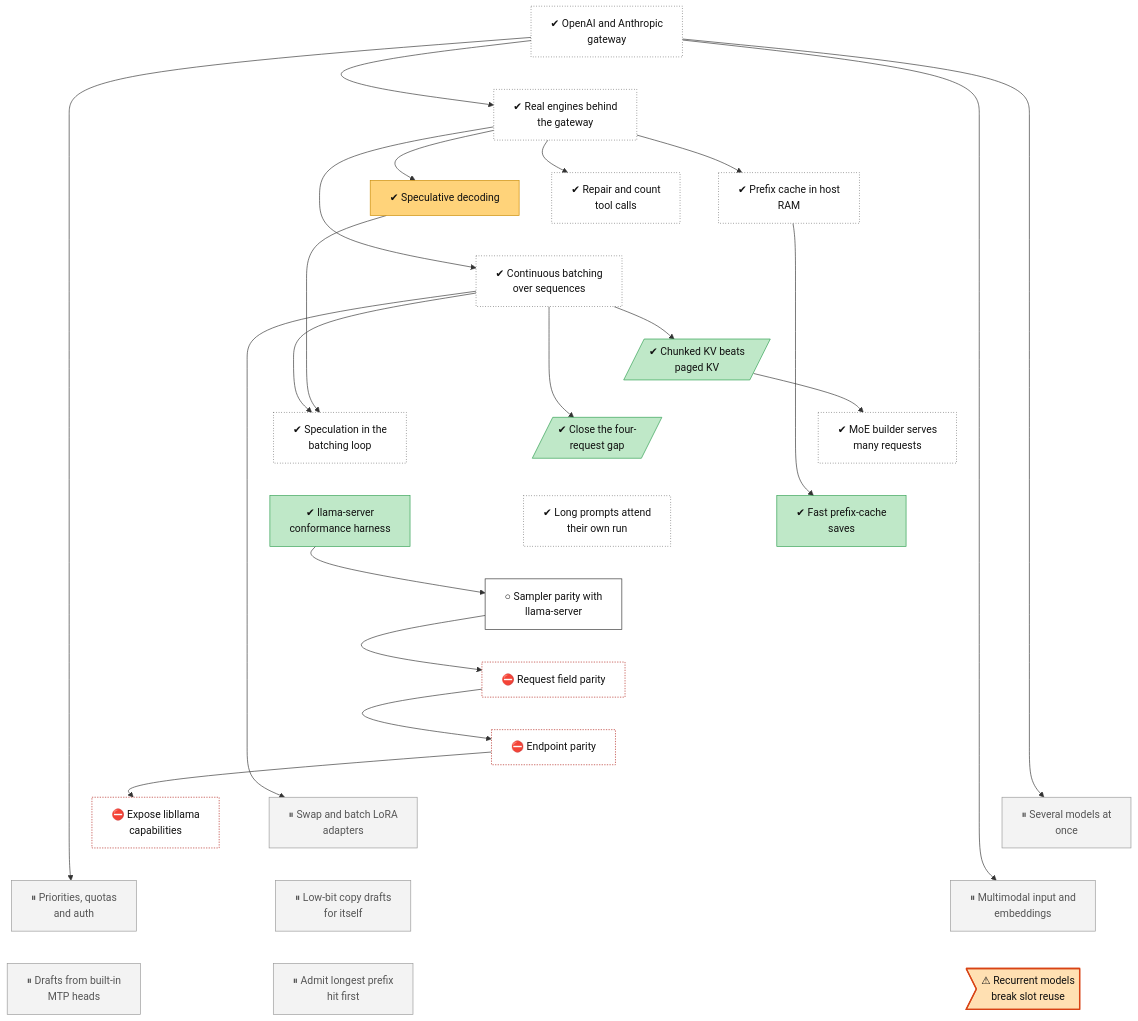
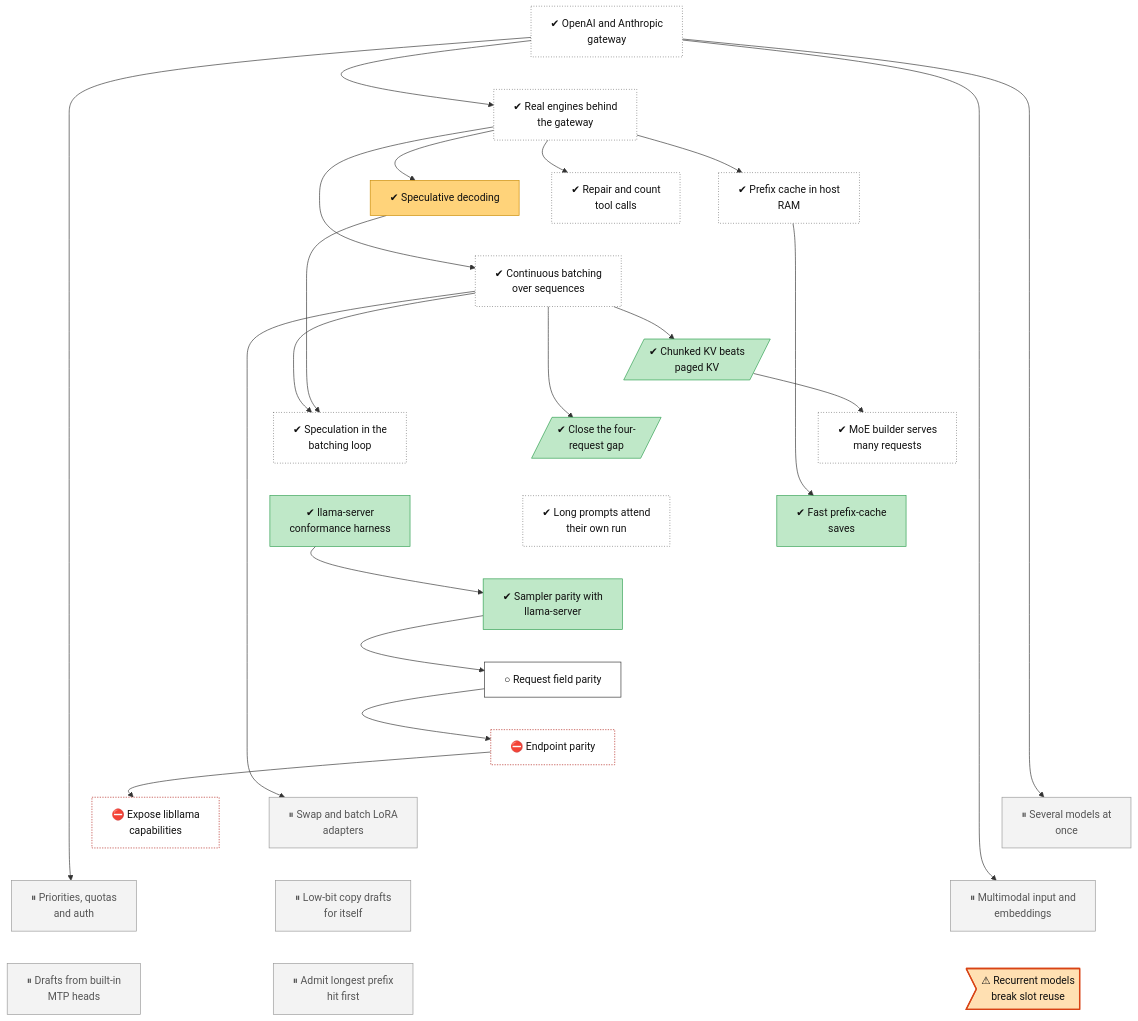
The diagram in docs/roadmap/tracks/serving.md (lhns/tetraeder), drawn with Mermaid before and after one commit. The commit also changed other lines of this file and 3 other files, not shown here.

Commit message:
Tree: serving-parity-sampling done (612 passed, 20 xfailed; 5 sampling gaps closed), serving-parity-fields next (after M2, ADR 0083 group A; not measured)

````diff
--- a/docs/roadmap/tracks/serving.md
+++ b/docs/roadmap/tracks/serving.md
@@ -22,8 +22,8 @@
     serving_prefix_save["✔ Fast prefix-cache<br/>saves"]
     serving_own_run_attention["✔ Long prompts attend<br/>their own run"]
     serving_parity_harness["✔ llama-server<br/>conformance harness"]
-    serving_parity_sampling["○ Sampler parity with<br/>llama-server"]
-    serving_parity_fields["⛔ Request field parity"]
+    serving_parity_sampling["✔ Sampler parity with<br/>llama-server"]
+    serving_parity_fields["○ Request field parity"]
     serving_parity_endpoints["⛔ Endpoint parity"]
     serving_parity_libllama["⛔ Expose libllama<br/>capabilities"]
     serving_multi_model["⏸ Several models at<br/>once"]
@@ -97,9 +97,9 @@
     classDef waiting fill:#e3f2fd,stroke:#1f6fc5,stroke-dasharray:5 5,color:#111
     class serving_gateway,serving_real_engines,serving_prefix_cache,serving_tool_calls,serving_batching,serving_moe_batch,serving_spec_batching,serving_own_run_attention unrated
     class serving_speculative mixed
-    class serving_kv_layout,serving_c4_gap,serving_prefix_save,serving_parity_harness succ
-    class serving_parity_sampling next
-    class serving_parity_fields,serving_parity_endpoints,serving_parity_libllama blocked
+    class serving_kv_layout,serving_c4_gap,serving_prefix_save,serving_parity_harness,serving_parity_sampling succ
+    class serving_parity_fields next
+    class serving_parity_endpoints,serving_parity_libllama blocked
     class serving_multi_model,serving_multi_lora,serving_auth_quotas,serving_multimodal,serving_self_spec,serving_mtp_drafts,serving_prefix_first parked
     class serving_recurrent_reuse finding
 ```
````
